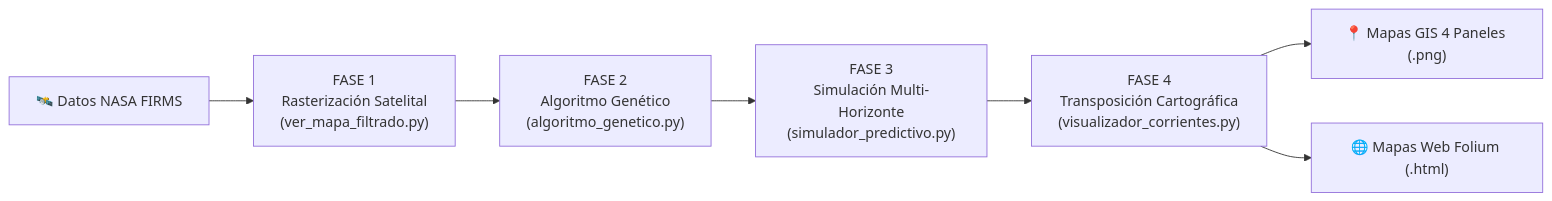
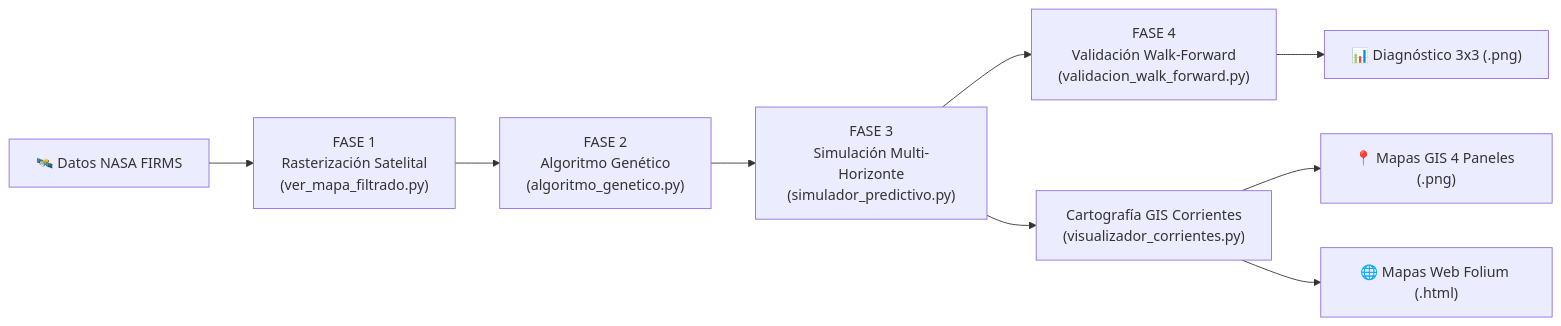
One commit to ConstanFinelli/Incendios-Fractales changed the diagram in README.md. Above: the diagram before and after it, drawn with Mermaid. The commit also changed other lines of this file and 8 other files, not shown here.

Commit message:
docs: actualizar documentacion integral, readme y catalogos de funciones con walk-forward y frentes activos

````diff
--- a/README.md
+++ b/README.md
@@ -23,9 +24,11 @@
 ```mermaid
 flowchart LR
     A["🛰️ Datos NASA FIRMS"] --> B["FASE 1\nRasterización Satelital\n(ver_mapa_filtrado.py)"]
     B --> C["FASE 2\nAlgoritmo Genético\n(algoritmo_genetico.py)"]
     C --> D["FASE 3\nSimulación Multi-Horizonte\n(simulador_predictivo.py)"]
-    D --> E["FASE 4\nTransposición Cartográfica\n(visualizador_corrientes.py)"]
-    E --> F["📍 Mapas GIS 4 Paneles (.png)"]
-    E --> G["🌐 Mapas Web Folium (.html)"]
+    D --> E["FASE 4\nValidación Walk-Forward\n(validacion_walk_forward.py)"]
+    D --> F["Cartografía GIS Corrientes\n(visualizador_corrientes.py)"]
+    E --> G["📊 Diagnóstico 3x3 (.png)"]
+    F --> H["📍 Mapas GIS 4 Paneles (.png)"]
+    F --> I["🌐 Mapas Web Folium (.html)"]
 ```
````
